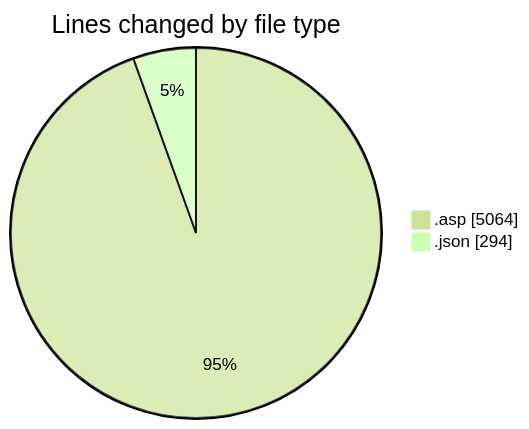
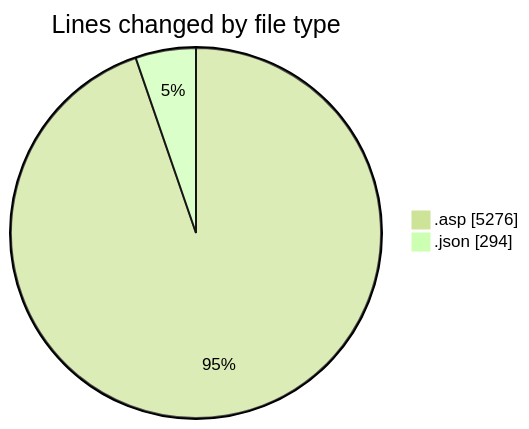
Before and after one commit to julien-gomy/code-tracking: the first of 2 diagrams in 2025-10-27/usr_aleoudev_fr__workspace_/README.md, drawn with Mermaid (forest theme). The commit also changed other lines of this file and 1 other file, not shown here.

````diff
--- a/2025-10-27/usr_aleoudev_fr__workspace_/README.md
+++ b/2025-10-27/usr_aleoudev_fr__workspace_/README.md
@@ -25,6 +26,6 @@
 ```mermaid
 pie showData
 title Lines changed by file type
-".asp" : 5064
+".asp" : 5276
 ".json" : 294
 ```
````
